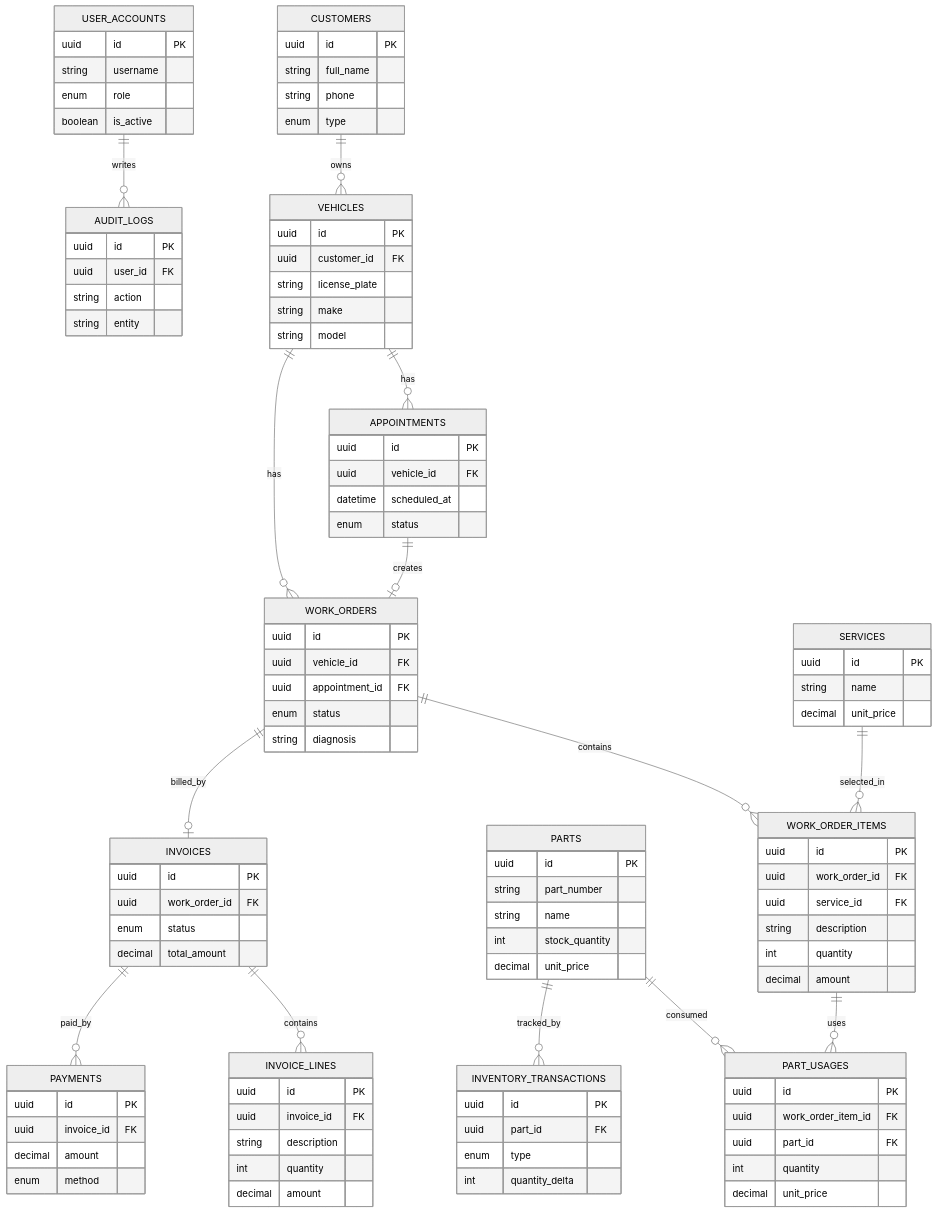
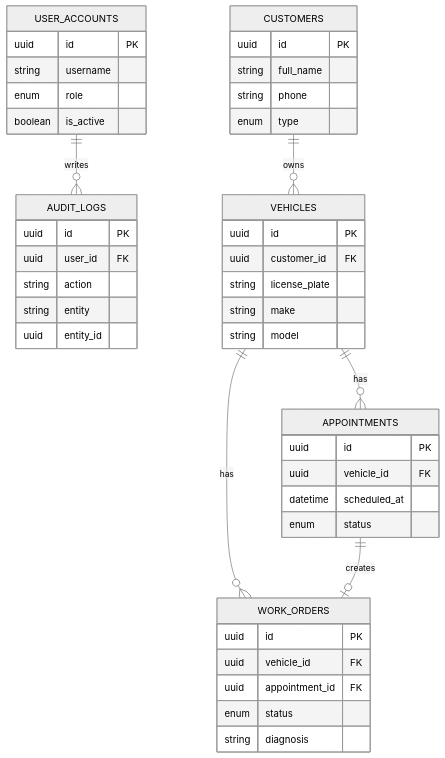
Before and after one commit to thanhnguyen0901/vehicle-service-management-system: the third of 3 diagrams in docs/demo/defense-use-case-main-flow.md, drawn with Mermaid (neutral theme). The commit also changed other lines of this file and 1 other file, not shown here.

````diff
--- a/docs/demo/defense-use-case-main-flow.md
+++ b/docs/demo/defense-use-case-main-flow.md
@@ -492,14 +150,6 @@
     VEHICLES ||--o{ APPOINTMENTS : has
     VEHICLES ||--o{ WORK_ORDERS : has
     APPOINTMENTS ||--o| WORK_ORDERS : creates
-    WORK_ORDERS ||--o{ WORK_ORDER_ITEMS : contains
-    SERVICES ||--o{ WORK_ORDER_ITEMS : selected_in
-    WORK_ORDER_ITEMS ||--o{ PART_USAGES : uses
-    PARTS ||--o{ PART_USAGES : consumed
-    PARTS ||--o{ INVENTORY_TRANSACTIONS : tracked_by
-    WORK_ORDERS ||--o| INVOICES : billed_by
-    INVOICES ||--o{ INVOICE_LINES : contains
-    INVOICES ||--o{ PAYMENTS : paid_by
 
     USER_ACCOUNTS {
         uuid id PK
@@ -538,70 +188,11 @@
         string diagnosis
     }
 
-    SERVICES {
-        uuid id PK
-        string name
-        decimal unit_price
-    }
-
-    WORK_ORDER_ITEMS {
-        uuid id PK
-        uuid work_order_id FK
-        uuid service_id FK
-        string description
-        int quantity
-        decimal amount
-    }
-
-    PARTS {
-        uuid id PK
-        string part_number
-        string name
-        int stock_quantity
-        decimal unit_price
-    }
-
-    PART_USAGES {
-        uuid id PK
-        uuid work_order_item_id FK
-        uuid part_id FK
-        int quantity
-        decimal unit_price
-    }
-
-    INVENTORY_TRANSACTIONS {
-        uuid id PK
-        uuid part_id FK
-        enum type
-        int quantity_delta
-    }
-
-    INVOICES {
-        uuid id PK
-        uuid work_order_id FK
-        enum status
-        decimal total_amount
-    }
-
-    INVOICE_LINES {
-        uuid id PK
-        uuid invoice_id FK
-        string description
-        int quantity
-        decimal amount
-    }
-
-    PAYMENTS {
-        uuid id PK
-        uuid invoice_id FK
-        decimal amount
-        enum method
-    }
-
     AUDIT_LOGS {
         uuid id PK
         uuid user_id FK
         string action
         string entity
+        uuid entity_id
     }
 ```
````
